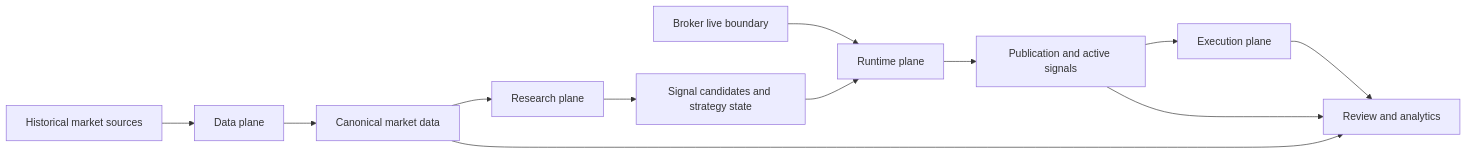
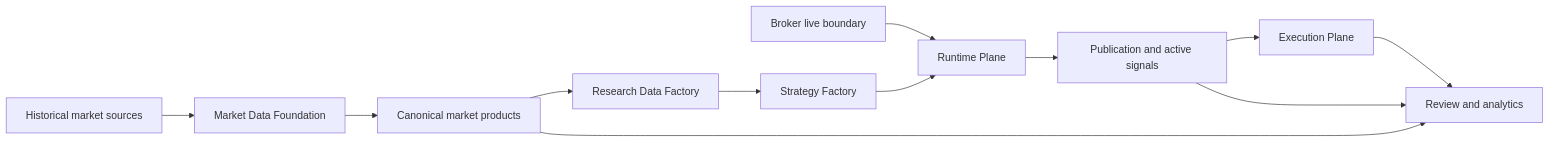
Before and after one commit to deusexrenovatio-arch/trading-advisor-3000: the second of 2 diagrams in docs/architecture/trading-advisor-3000.md, drawn with Mermaid. The commit also changed other lines of this file and 10 other files, not shown here.

Commit message:
docs(architecture): define product-plane modular structure

````diff
--- a/docs/architecture/trading-advisor-3000.md
+++ b/docs/architecture/trading-advisor-3000.md
@@ -43,20 +46,20 @@
 ```mermaid
 flowchart LR
     M["Historical market sources"]
     B["Broker live boundary"]
-    D["Data plane"]
-    C["Canonical market data"]
-    R["Research plane"]
-    S["Signal candidates and strategy state"]
-    RT["Runtime plane"]
+    D["Market Data Foundation"]
+    C["Canonical market products"]
+    R["Research Data Factory"]
+    S["Strategy Factory"]
+    RT["Runtime Plane"]
     P["Publication and active signals"]
-    EX["Execution plane"]
+    EX["Execution Plane"]
     A["Review and analytics"]
 
     M --> D --> C
     C --> R --> S --> RT --> P --> EX
     P --> A
     C --> A
     B --> RT
     EX --> A
 ```
````
